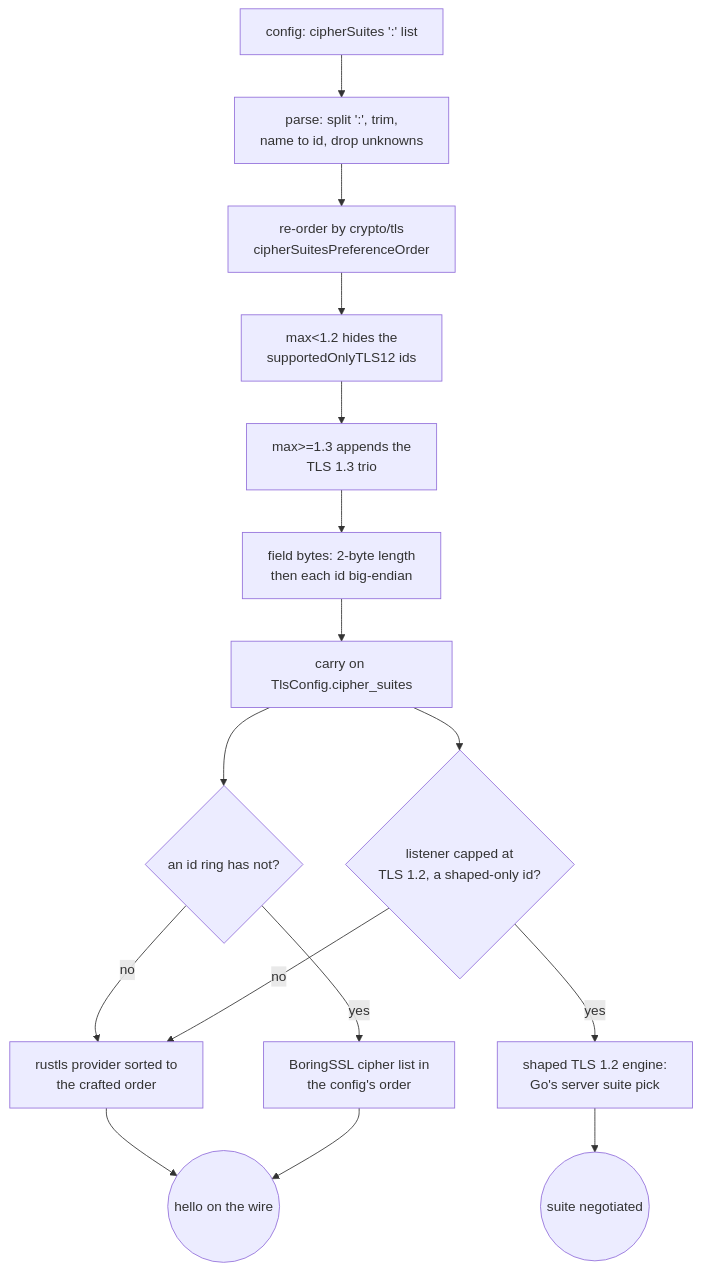
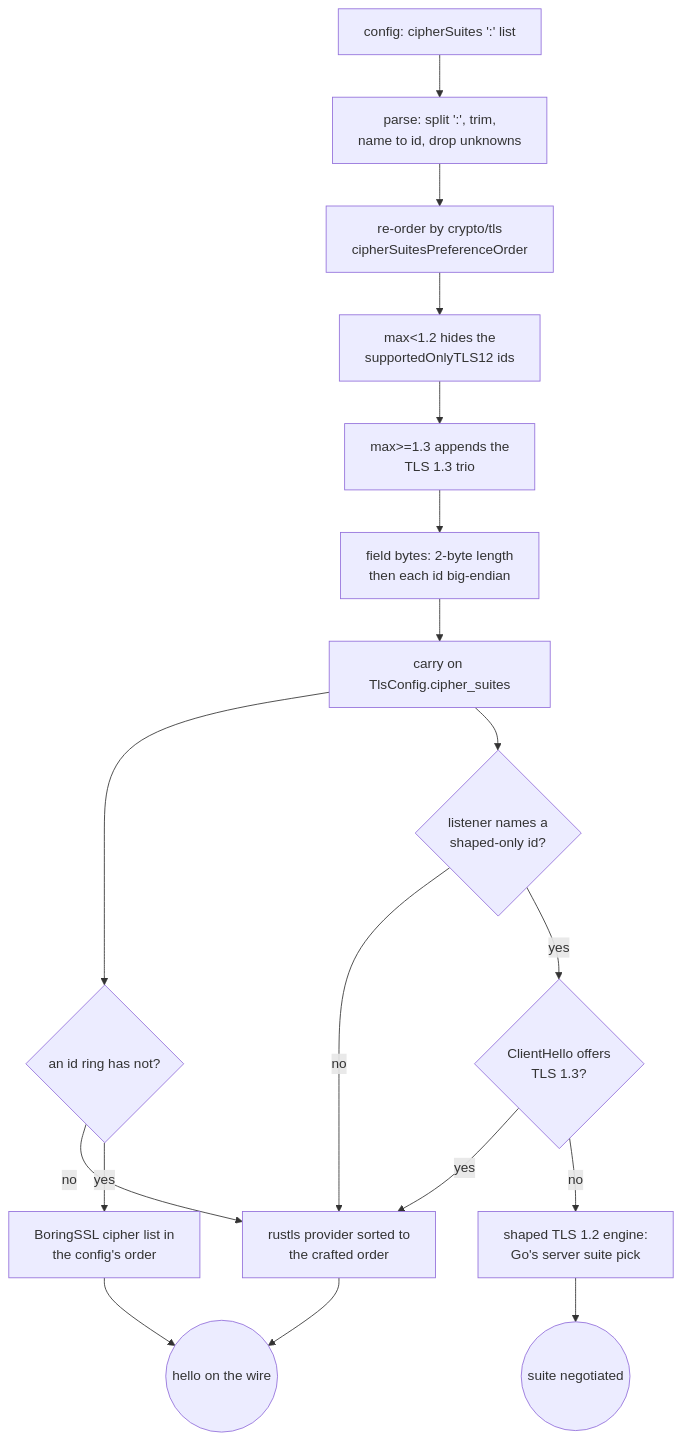
Before and after one commit to Ferrocite/ferrox: the diagram in docs/function/tls-cipher-suites.md, drawn with Mermaid. The commit also changed other lines of this file and 7 other files, not shown here.

First line of the commit message:
tls: choose the listener engine from the ClientHello

````diff
--- a/docs/function/tls-cipher-suites.md
+++ b/docs/function/tls-cipher-suites.md
@@ -9,18 +9,20 @@
 ```mermaid
 graph TD
     C["config: cipherSuites ':' list"] --> P["parse: split ':', trim,<br/>name to id, drop unknowns"]
     P --> R["re-order by crypto/tls<br/>cipherSuitesPreferenceOrder"]
     R --> V["max<1.2 hides the<br/>supportedOnlyTLS12 ids"]
     V --> T["max>=1.3 appends the<br/>TLS 1.3 trio"]
     T --> F["field bytes: 2-byte length<br/>then each id big-endian"]
     F --> E["carry on TlsConfig.cipher_suites"]
     E --> S{"an id ring has not?"}
     S -->|no| B["rustls provider sorted to<br/>the crafted order"]
     S -->|yes| L["BoringSSL cipher list in<br/>the config's order"]
-    E --> X{"listener capped at<br/>TLS 1.2, a shaped-only id?"}
-    X -->|yes| H["shaped TLS 1.2 engine:<br/>Go's server suite pick"]
+    E --> X{"listener names a<br/>shaped-only id?"}
     X -->|no| B
+    X -->|yes| Y{"ClientHello offers<br/>TLS 1.3?"}
+    Y -->|yes| B
+    Y -->|no| H["shaped TLS 1.2 engine:<br/>Go's server suite pick"]
     B --> W(("hello on the wire"))
     L --> W
     H --> N(("suite negotiated"))
 ```
````
